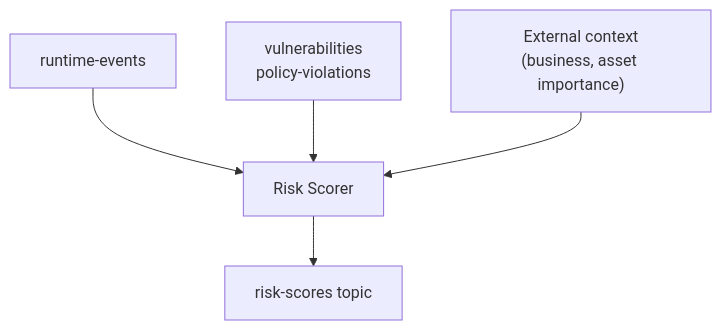
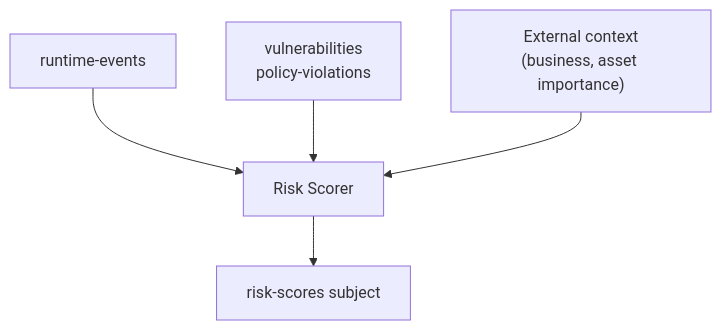
The first of 2 diagrams in docs/architecture/components/consumers.md (kylape/acs-next), drawn with Mermaid before and after one commit. The commit also changed other lines of this file and 5 other files, not shown here.

````diff
--- a/docs/architecture/components/consumers.md
+++ b/docs/architecture/components/consumers.md
@@ -75,7 +75,7 @@
 ```mermaid
 graph TB
     RT["runtime-events"] --> Risk["Risk Scorer"]
     Vulns["vulnerabilities<br/>policy-violations"] --> Risk
     Ext["External context<br/>(business, asset importance)"] --> Risk
-    Risk --> Scores["risk-scores topic"]
+    Risk --> Scores["risk-scores subject"]
 ```
````
